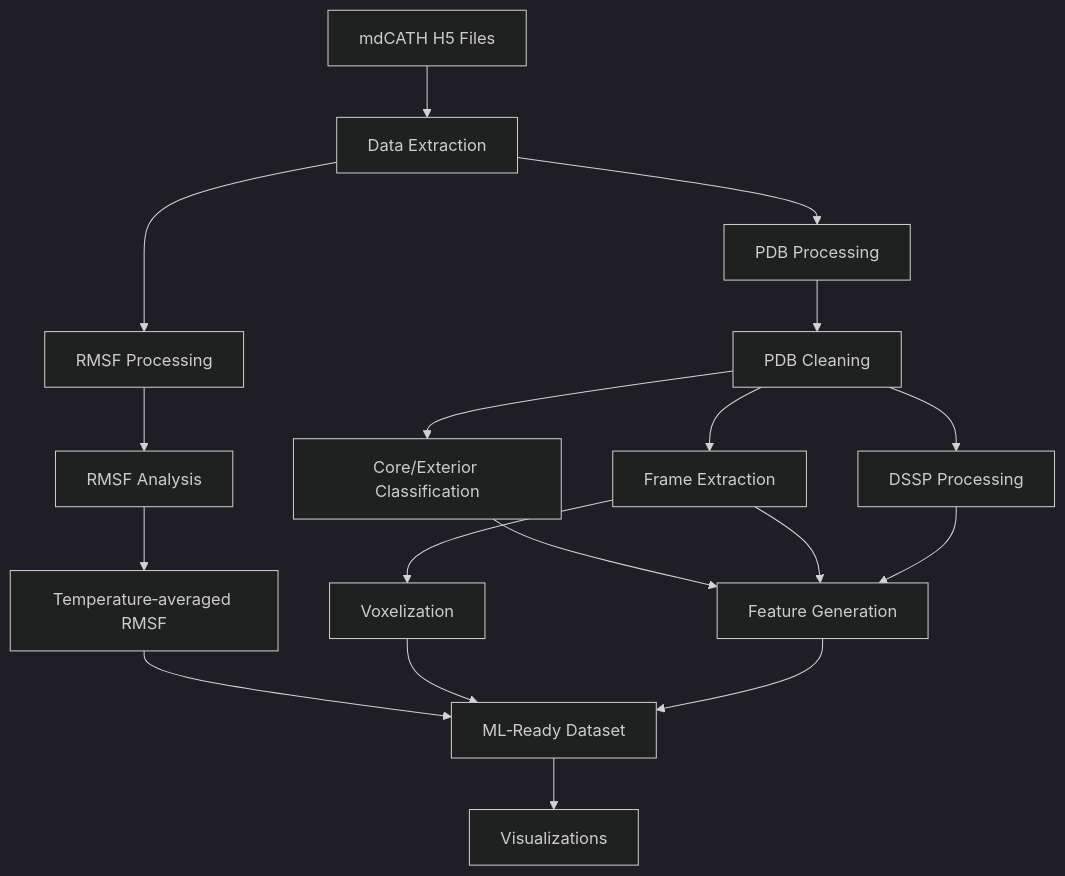
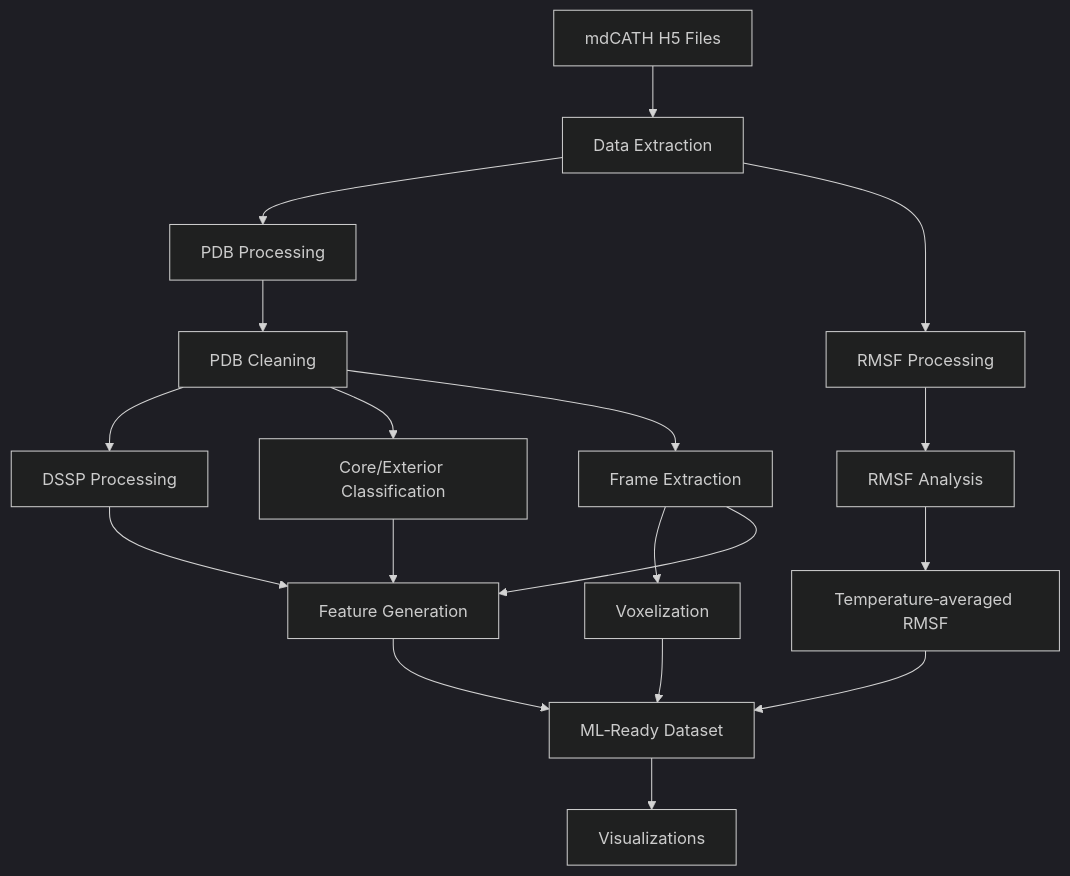
One commit to Felixburton7/mdcath-processor changed the diagram in README.md. Above: the diagram before and after it, drawn with Mermaid (dark theme).

````diff
--- a/README.md
+++ b/README.md
@@ -136,32 +136,31 @@
 ```mermaid
 graph TD
     A[mdCATH H5 Files] --> B[Data Extraction]
 
     B --> PDB[PDB Processing]
     B --> RMSF[RMSF Processing]
-    
 
     %% PDB pipeline
     PDB --> Clean[PDB Cleaning]
+    Clean --> DSSP[DSSP Processing]
     Clean --> Classify[Core/Exterior Classification]
     Clean --> Frames[Frame Extraction]
-    Clean --> DSSP[DSSP Processing]
 
-    %% RMSF pipeline
+    %% RMSF pipeline (right)
     RMSF --> Replica[RMSF Analysis]
     Replica --> TempAvg[Temperature‑averaged RMSF]
     TempAvg --> ML[ML‑Ready Dataset]
 
-    %% Coordinate pipeline
+    %% Voxelization (left)
     Frames --> Vox[Voxelization]
     Vox --> ML
 
-    %% Feature generation
+    %% Feature generation (center)
     Classify --> Features[Feature Generation]
+    DSSP --> Features
     Frames --> Features
-    DSSP --> Features
     Features --> ML
 
-    %% Optional downstream
+    %% Downstream
     ML --> Viz[Visualizations]
 ```
````
